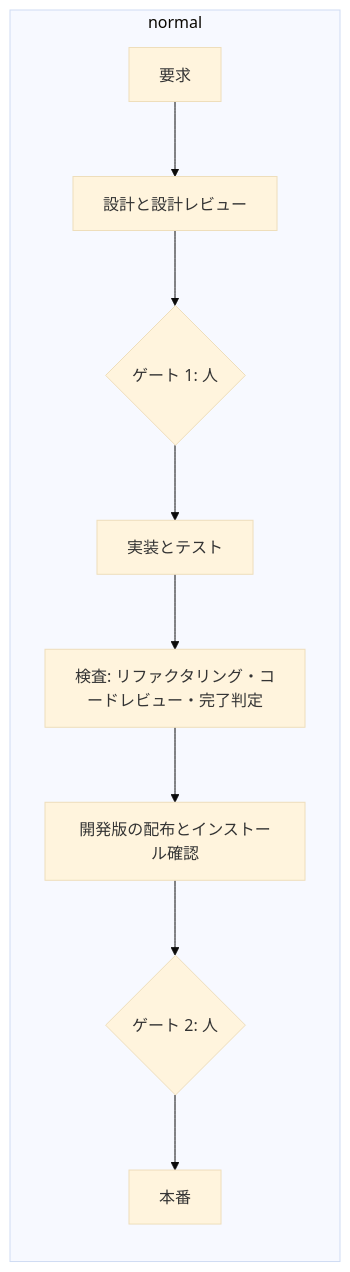
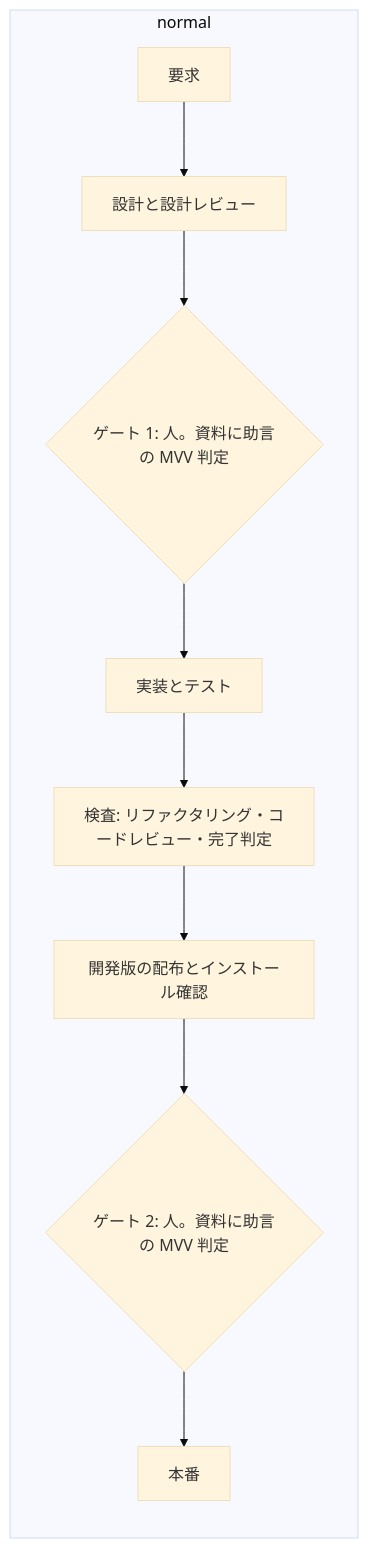
One commit to devbasex/ai-plugins changed the first of 3 diagrams in plugins/ndf/skills/development-workflow/references/pace.md. Above: the diagram before and after it, drawn with Mermaid (base theme). The commit also changed other lines of this file and 8 other files, not shown here.

````diff
--- a/plugins/ndf/skills/development-workflow/references/pace.md
+++ b/plugins/ndf/skills/development-workflow/references/pace.md
@@ -26,8 +26,8 @@
 ```mermaid
 graph LR
     subgraph normal
-        N1[要求] --> N2[設計と設計レビュー] --> N3{ゲート 1: 人}
+        N1[要求] --> N2[設計と設計レビュー] --> N3{ゲート 1: 人。資料に助言の MVV 判定}
         N3 --> N4[実装とテスト] --> N5[検査: リファクタリング・コードレビュー・完了判定]
-        N5 --> N6[開発版の配布とインストール確認] --> N7{ゲート 2: 人} --> N8[本番]
+        N5 --> N6[開発版の配布とインストール確認] --> N7{ゲート 2: 人。資料に助言の MVV 判定} --> N8[本番]
     end
 ```
````
